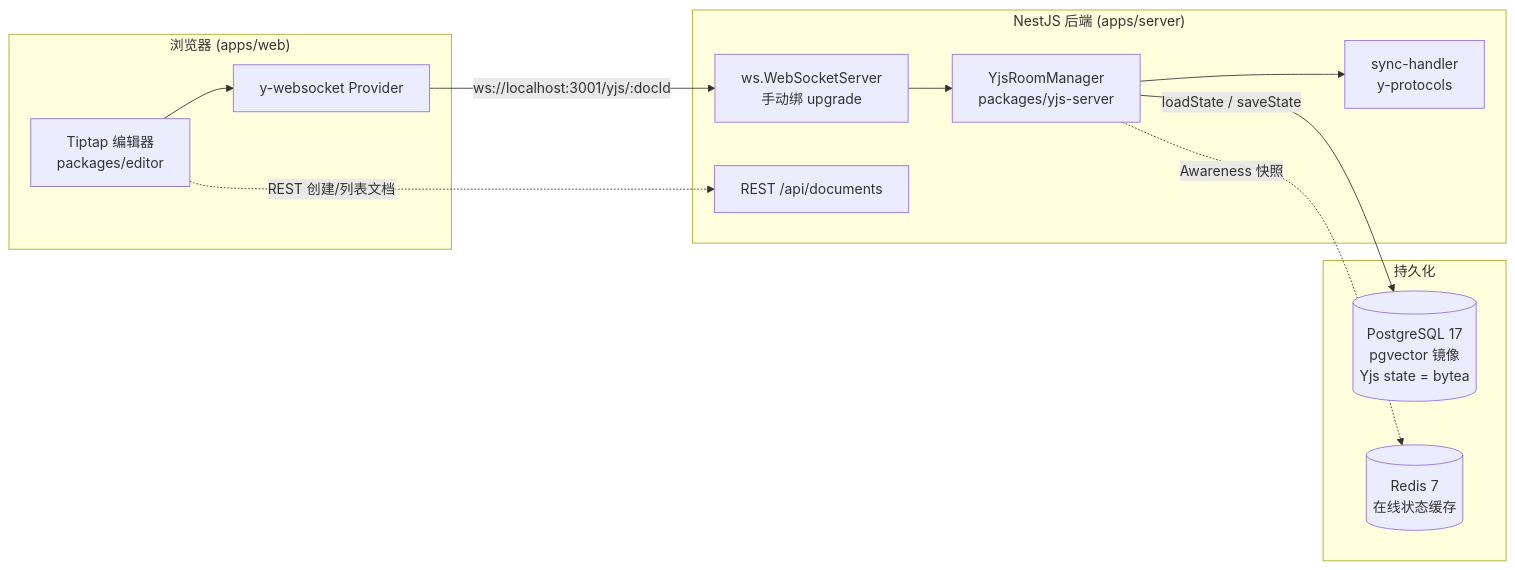
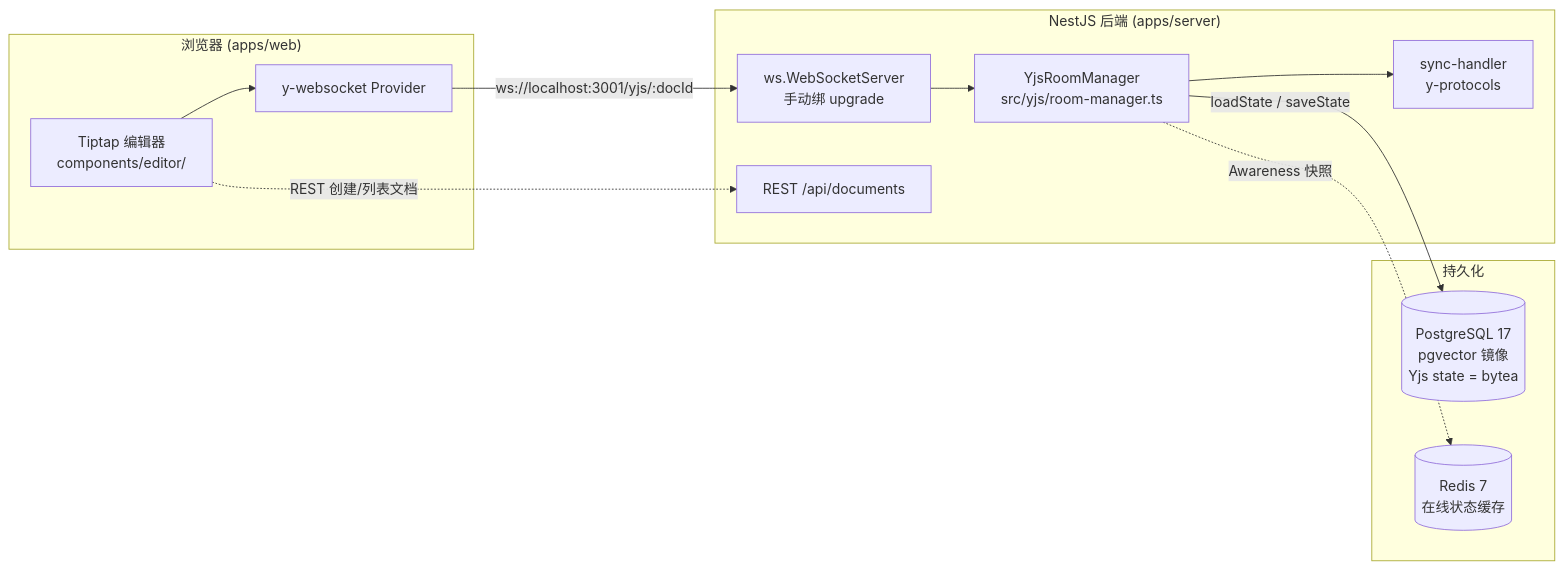
The diagram in README.md (cjperfect/yjs-demo), drawn with Mermaid before and after one commit. The commit also changed other lines of this file and 50 other files, not shown here.

````diff
--- a/README.md
+++ b/README.md
@@ -9,27 +9,27 @@
 ```mermaid
 flowchart LR
     subgraph Browser["浏览器 (apps/web)"]
-        Editor["Tiptap 编辑器<br/>packages/editor"]
+        Editor["Tiptap 编辑器<br/>components/editor/"]
         YWS["y-websocket Provider"]
         Editor --> YWS
     end
 
     subgraph Server["NestJS 后端 (apps/server)"]
         WS["ws.WebSocketServer<br/>手动绑 upgrade"]
-        RoomMgr["YjsRoomManager<br/>packages/yjs-server"]
+        RoomMgr["YjsRoomManager<br/>src/yjs/room-manager.ts"]
         Sync["sync-handler<br/>y-protocols"]
         REST["REST /api/documents"]
         WS --> RoomMgr
         RoomMgr --> Sync
     end
 
     subgraph Persist["持久化"]
         PG[("PostgreSQL 17<br/>pgvector 镜像<br/>Yjs state = bytea")]
         Redis[("Redis 7<br/>在线状态缓存")]
     end
 
     YWS -->|ws://localhost:3001/yjs/:docId| WS
     Editor -.->|REST 创建/列表文档| REST
     RoomMgr -->|loadState / saveState| PG
     RoomMgr -.->|Awareness 快照| Redis
 ```
````
